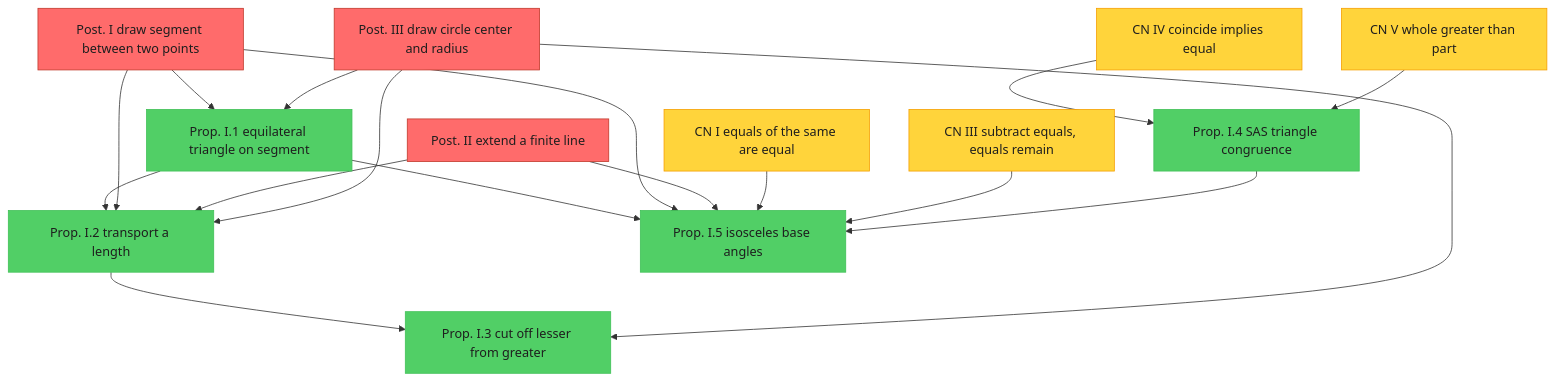
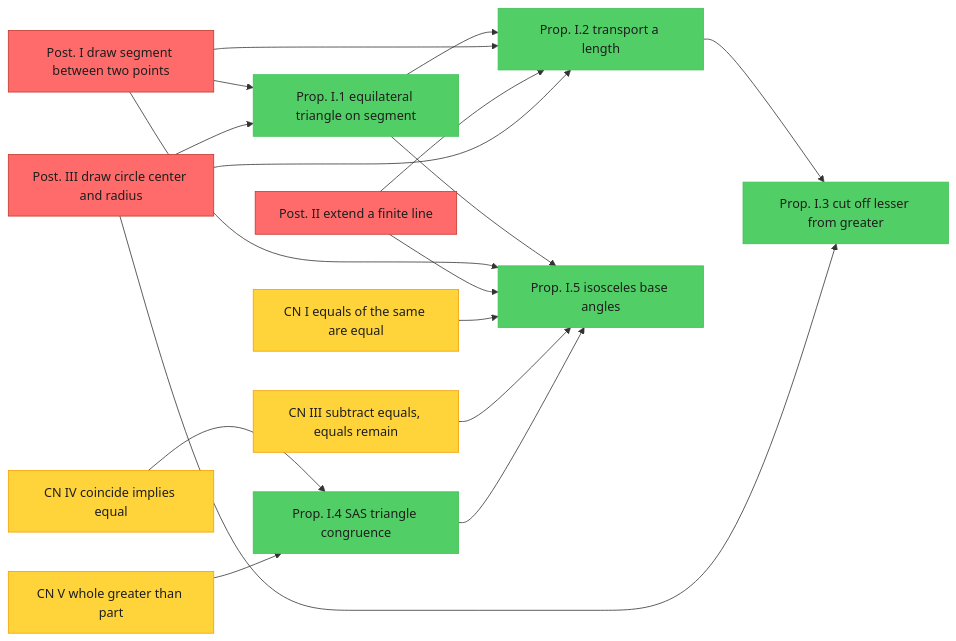
Before and after one commit to garywelz/progframe: the second of 8 diagrams in collaborations/mathematics-database/algorithms-axiomatic-theories-proofs-revised.md, drawn with Mermaid. The commit also changed other lines of this file and 11 other files, not shown here.

First line of the commit message:
Add Cantor diagonal proof graph figure and fix PDF layout

````diff
--- a/collaborations/mathematics-database/algorithms-axiomatic-theories-proofs-revised.md
+++ b/collaborations/mathematics-database/algorithms-axiomatic-theories-proofs-revised.md
@@ -166,37 +164,37 @@
 ```mermaid
-flowchart TD
+flowchart LR
     P1["Post. I draw segment between two points"]
     P2["Post. II extend a finite line"]
     P3["Post. III draw circle center and radius"]
     CN1["CN I equals of the same are equal"]
     CN3["CN III subtract equals, equals remain"]
     CN4["CN IV coincide implies equal"]
     CN5["CN V whole greater than part"]
     Prop1["Prop. I.1 equilateral triangle on segment"]
     Prop2["Prop. I.2 transport a length"]
     Prop3["Prop. I.3 cut off lesser from greater"]
     Prop4["Prop. I.4 SAS triangle congruence"]
     Prop5["Prop. I.5 isosceles base angles"]
     P1 --> Prop1
     P3 --> Prop1
     Prop1 --> Prop2
     P1 --> Prop2
     P2 --> Prop2
     P3 --> Prop2
     Prop2 --> Prop3
     P3 --> Prop3
     CN4 --> Prop4
     CN5 --> Prop4
     Prop1 --> Prop5
     P1 --> Prop5
     P2 --> Prop5
     CN1 --> Prop5
     CN3 --> Prop5
     Prop4 --> Prop5
     classDef red fill:#ff6b6b,color:#1e1e1e,stroke:#c0392b
     classDef yellow fill:#ffd43b,color:#1e1e1e,stroke:#f59f00
     classDef green fill:#51cf66,color:#1e1e1e,stroke:#40c057
     class P1,P2,P3 red
     class CN1,CN3,CN4,CN5 yellow
     class Prop1,Prop2,Prop3,Prop4,Prop5 green
 ```
````
